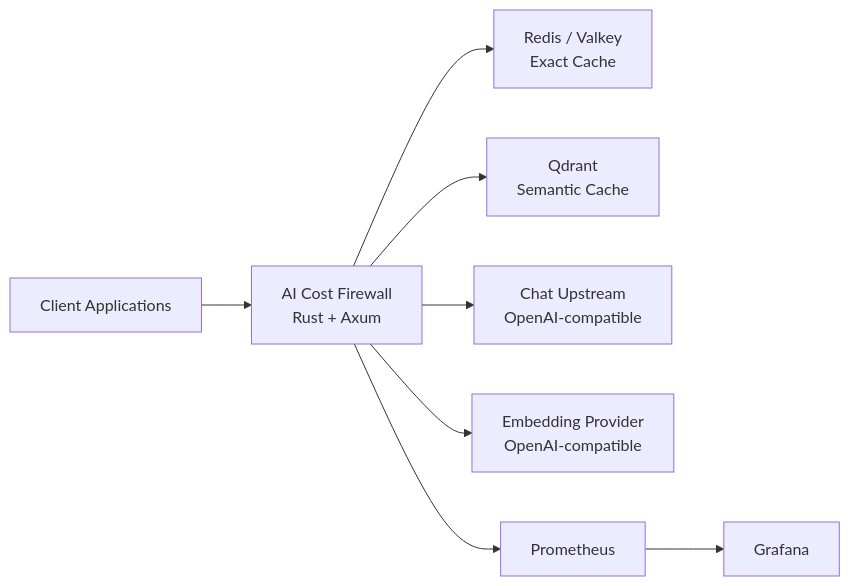
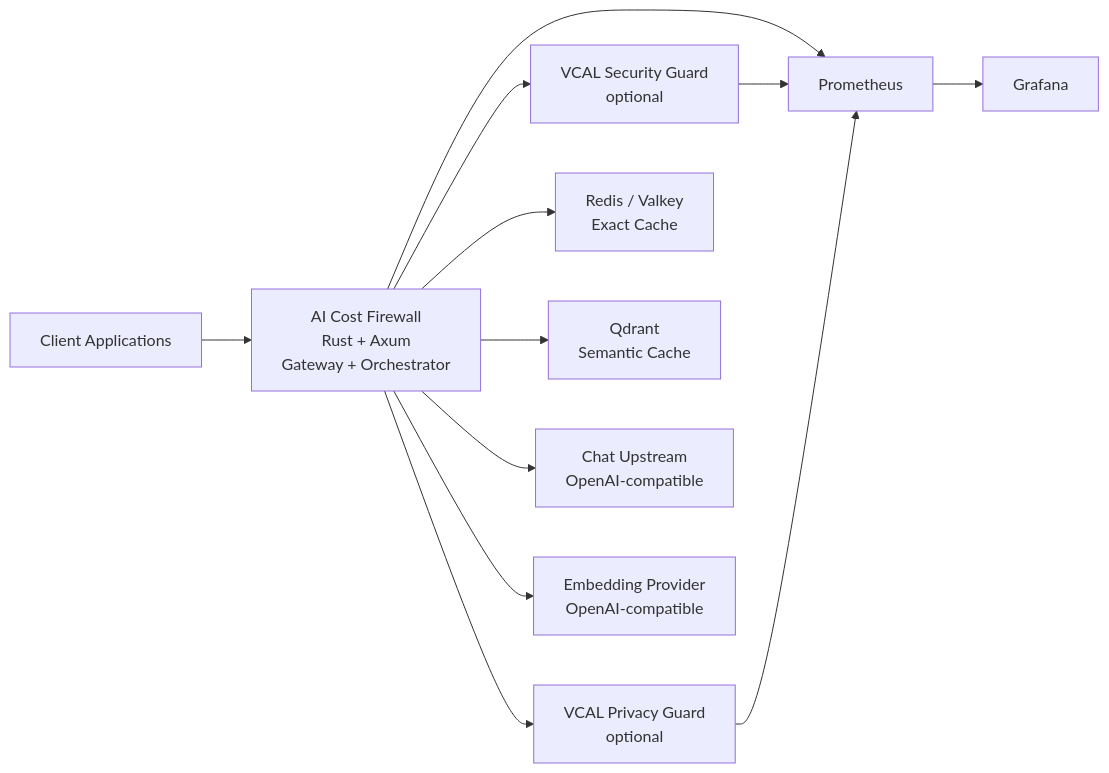
Before and after one commit to vcal-project/ai-firewall: the first of 6 diagrams in docs/architecture.md, drawn with Mermaid. The commit also changed other lines of this file and 7 other files, not shown here.

````diff
--- a/docs/architecture.md
+++ b/docs/architecture.md
@@ -76,30 +96,39 @@
 ```mermaid
 flowchart LR
 
     Client[Client Applications]
 
-    Firewall[AI Cost Firewall<br/>Rust + Axum]
+    Firewall[AI Cost Firewall<br/>Rust + Axum<br/>Gateway + Orchestrator]
+
+    Security[VCAL Security Guard<br/>optional]
+
+    Privacy[VCAL Privacy Guard<br/>optional]
 
     Redis[Redis / Valkey<br/>Exact Cache]
 
     Qdrant[Qdrant<br/>Semantic Cache]
 
     Upstream[Chat Upstream<br/>OpenAI-compatible]
 
     Embedding[Embedding Provider<br/>OpenAI-compatible]
 
     Prom[Prometheus]
 
     Graf[Grafana]
 
     Client --> Firewall
 
+    Firewall --> Security
+    Firewall --> Privacy
+
     Firewall --> Redis
     Firewall --> Qdrant
 
     Firewall --> Upstream
     Firewall --> Embedding
 
     Firewall --> Prom
+    Security --> Prom
+    Privacy --> Prom
     Prom --> Graf
 ```
````
